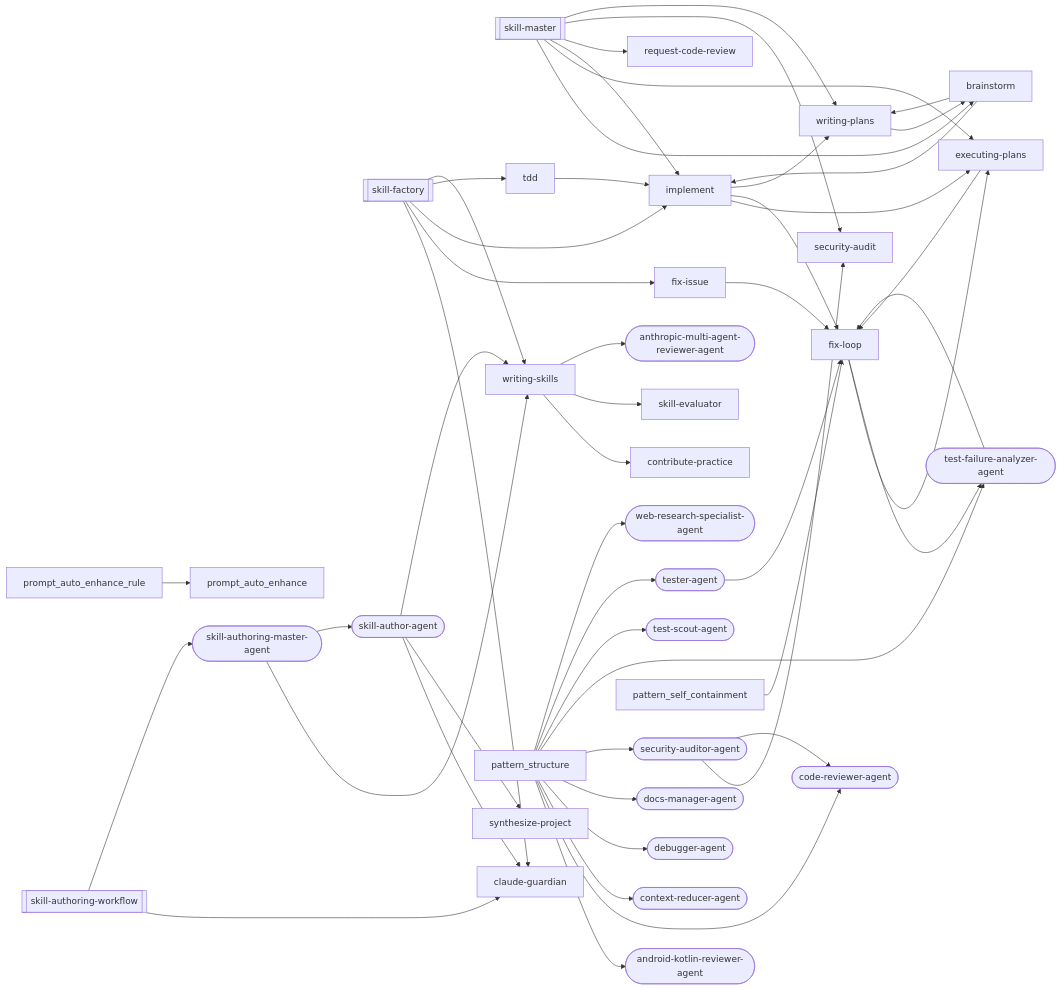
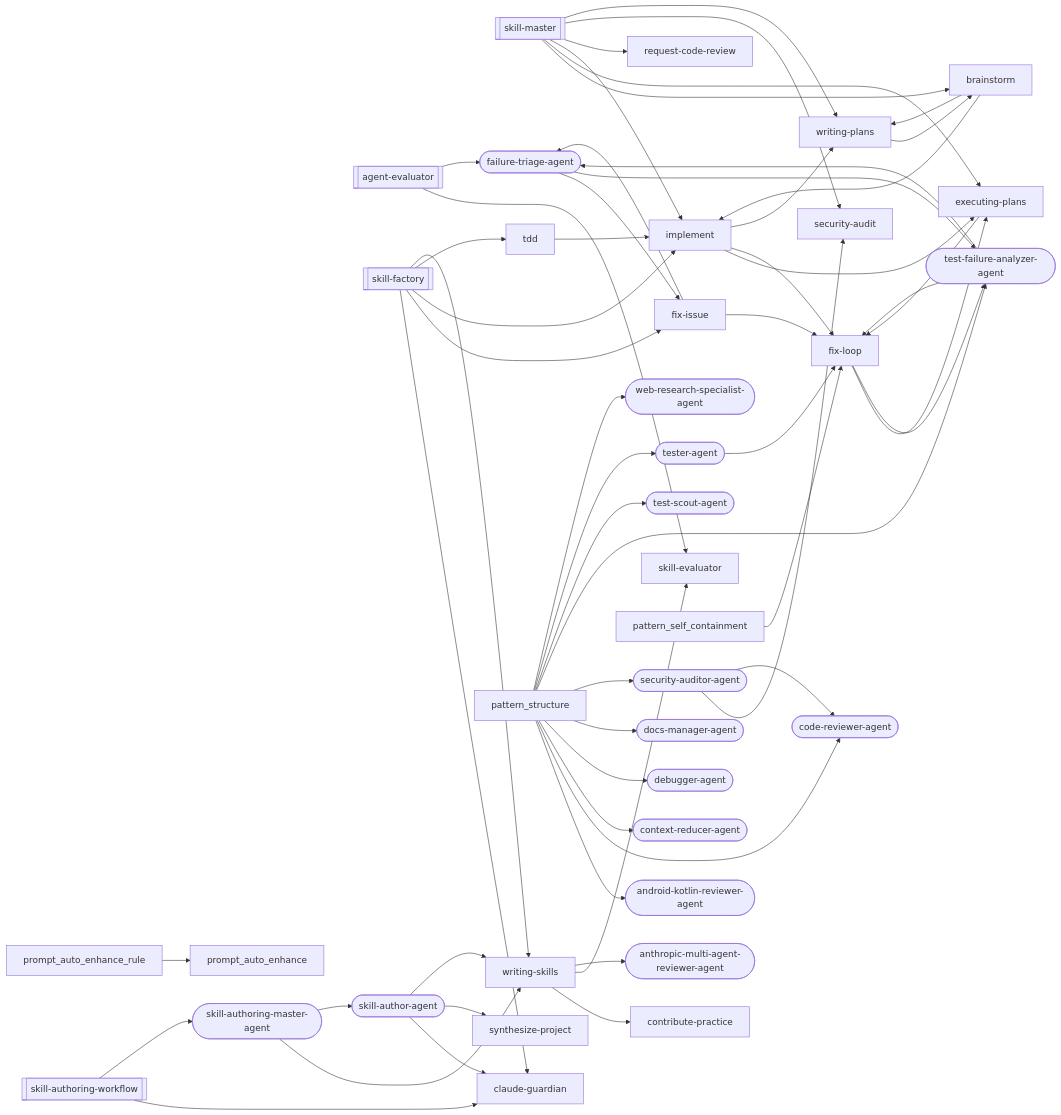
One commit to abhayla/claude-best-practices changed the third of 23 diagrams in docs/workflows/skill-authoring.md. Above: the diagram before and after it, drawn with Mermaid. The commit also changed other lines of this file and 12 other files, not shown here.

````diff
--- a/docs/workflows/skill-authoring.md
+++ b/docs/workflows/skill-authoring.md
@@ -467,5 +506,6 @@
 ```mermaid
 graph LR
+    agent_evaluator[["agent-evaluator"]]
     skill_authoring_workflow[["skill-authoring-workflow"]]
     skill_factory[["skill-factory"]]
     skill_master[["skill-master"]]
@@ -479,6 +519,7 @@
     debugger_agent(["debugger-agent"])
     docs_manager_agent(["docs-manager-agent"])
     executing_plans["executing-plans"]
+    failure_triage_agent(["failure-triage-agent"])
     fix_issue["fix-issue"]
     fix_loop["fix-loop"]
     implement["implement"]
@@ -496,10 +537,13 @@
     web_research_specialist_agent(["web-research-specialist-agent"])
     writing_plans["writing-plans"]
     writing_skills["writing-skills"]
+    agent_evaluator --> skill_evaluator
+    agent_evaluator --> failure_triage_agent
     brainstorm --> implement
     brainstorm --> writing_plans
     executing_plans --> fix_loop
     fix_issue --> fix_loop
+    fix_issue --> failure_triage_agent
     fix_loop --> executing_plans
     fix_loop --> test_failure_analyzer_agent
     implement --> executing_plans
@@ -523,6 +567,8 @@
     writing_skills --> contribute_practice
     writing_skills --> skill_evaluator
     writing_skills --> anthropic_multi_agent_reviewer_agent
+    failure_triage_agent --> fix_issue
+    failure_triage_agent --> test_failure_analyzer_agent
     security_auditor_agent --> security_audit
     security_auditor_agent --> code_reviewer_agent
     skill_author_agent --> claude_guardian
@@ -531,6 +577,7 @@
     skill_authoring_master_agent --> writing_skills
     skill_authoring_master_agent --> skill_author_agent
     test_failure_analyzer_agent --> fix_loop
+    test_failure_analyzer_agent --> failure_triage_agent
     tester_agent --> fix_loop
     pattern_self_containment --> fix_loop
     pattern_structure --> android_kotlin_reviewer_agent
````
